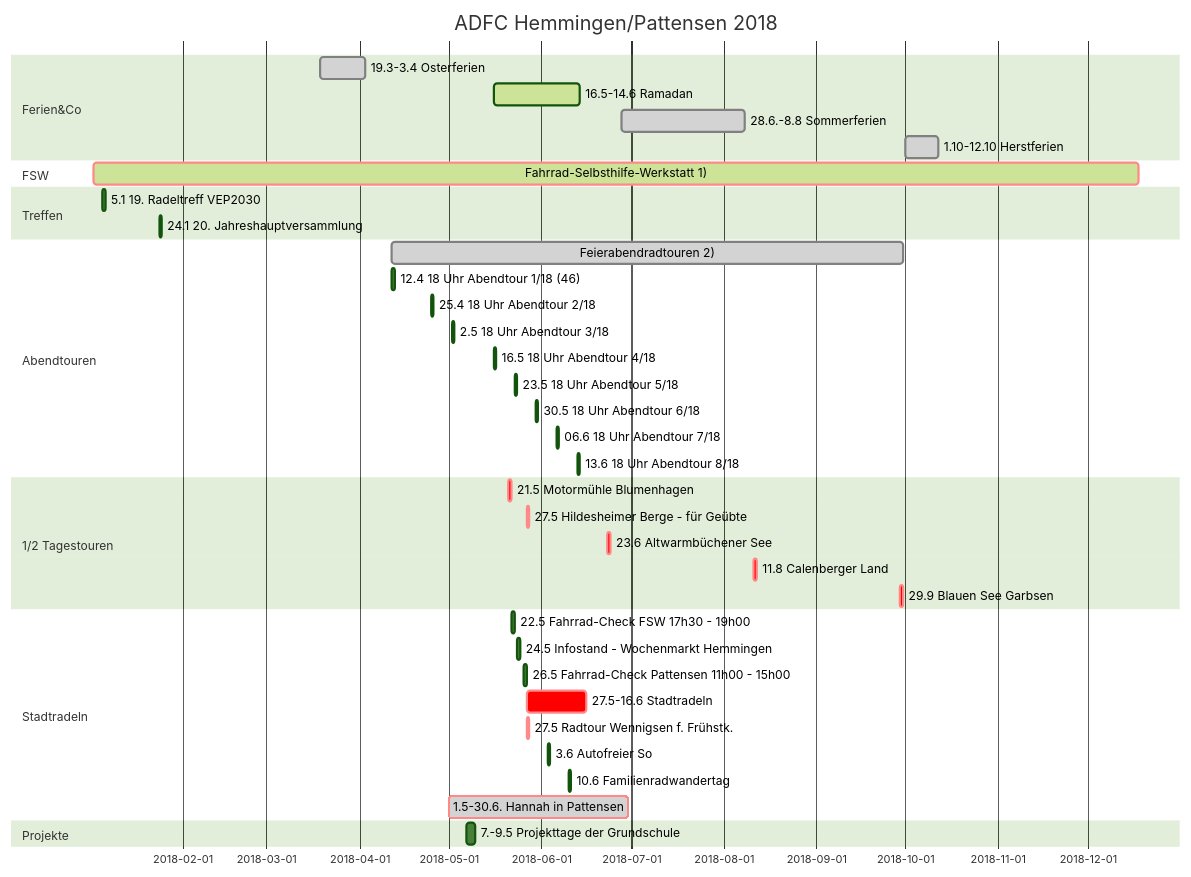
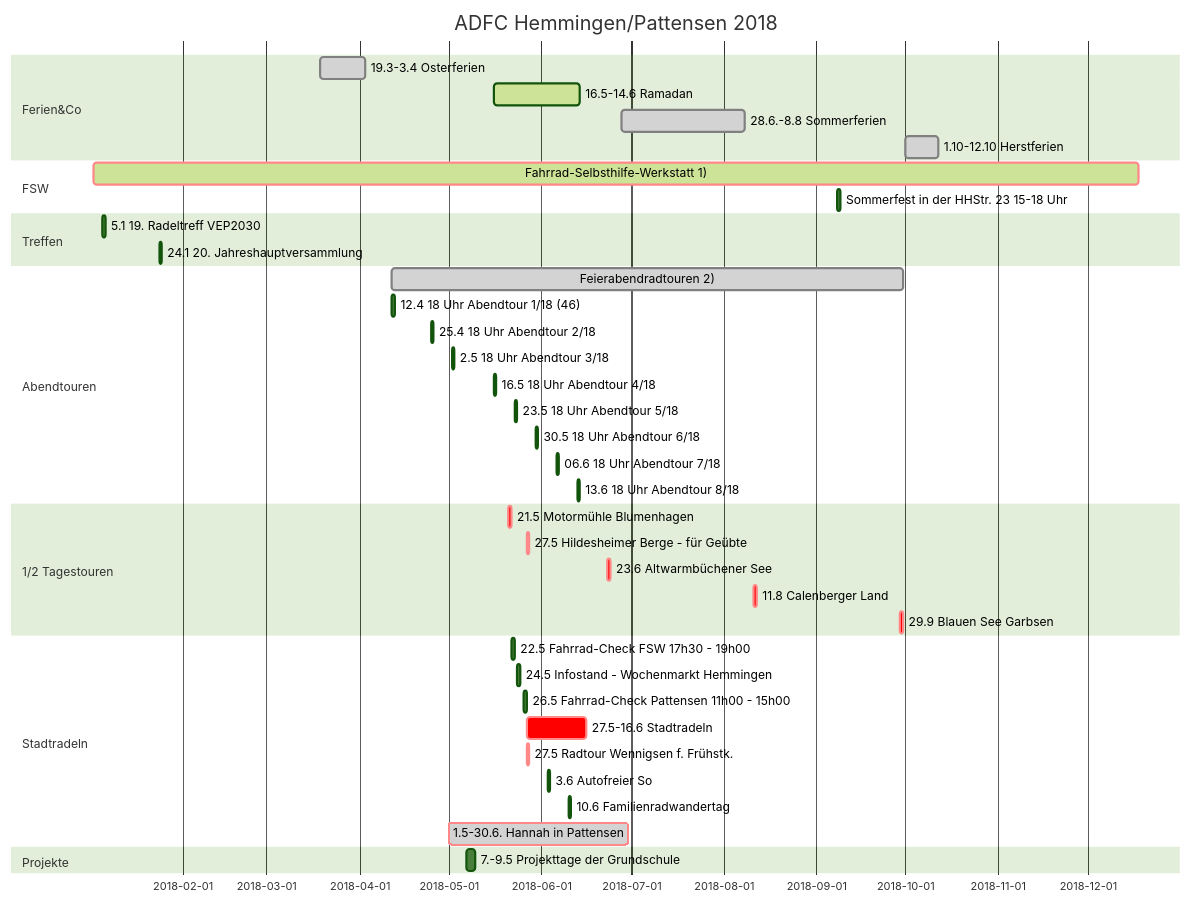
Before and after one commit to adfc-hemmingen-pattensen/adfc-hemmingen-pattensen.github.io: the diagram in index.md, drawn with Mermaid (forest theme). The commit also changed other lines of this file and 2 other files, not shown here.

````diff
--- a/index.md
+++ b/index.md
@@ -106,50 +106,51 @@
 ```mermaid
 gantt
   title ADFC Hemmingen/Pattensen 2018
   dateFormat  DD.MM.YY
 
 section Ferien&Co
   19.3-3.4 Osterferien                        :done,        19.03.18, 03.04.18
   16.5-14.6  Ramadan                          :active,done, 16.05.18, 14.06.18
   28.6.-8.8 Sommerferien                      :done,        28.06.18, 08.08.18
   1.10-12.10 Herstferien                      :done,        01.10.18, 12.10.18
 
 section FSW
   Fahrrad-Selbsthilfe-Werkstatt 1)            :crit,active, 02.01.18, 18.12.18
+  Sommerfest in der HHStr. 23  15-18 Uhr      : 09.08.2018, 1d
 
 section Treffen
   5.1 19. Radeltreff VEP2030        : 05.01.18, 1d
   24.1 20. Jahreshauptversammlung   : 24.01.18, 1d
 
 section Abendtouren
   Feierabendradtouren 2)        :done, 12.04.18, 30.09.18
 12.4 18 Uhr Abendtour 1/18 (46) : 12.04.18,1d
 25.4 18 Uhr Abendtour 2/18    : 25.04.18,1d
 2.5 18 Uhr Abendtour 3/18     : 02.05.18,1d
 16.5 18 Uhr Abendtour 4/18     : 16.05.18,1d
 23.5 18 Uhr Abendtour 5/18      : 23.05.18,1d
 30.5 18 Uhr Abendtour 6/18      : 30.05.18,1d
 06.6 18 Uhr Abendtour 7/18      : 06.06.18,1d
 13.6 18 Uhr Abendtour 8/18      : 13.06.18,1d
 
 section 1/2 Tagestouren
   21.5 Motormühle Blumenhagen   :crit, 21.05.18,1d
   27.5 Hildesheimer Berge - für Geübte :crit, 27.05.18, 1d
   23.6 Altwarmbüchener See      :crit, 23.06.18,1d
   11.8 Calenberger Land         :crit, 11.08.18,1d
   29.9 Blauen See Garbsen       :crit, 29.09.18,1d
 
 
 section Stadtradeln
   22.5 Fahrrad-Check FSW 17h30 - 19h00                     :             22.05.18, 1d
   24.5 Infostand - Wochenmarkt Hemmingen : 24.05.18,1d
   26.5 Fahrrad-Check Pattensen 11h00 - 15h00              :             26.05.18, 1d
   27.5-16.6 Stadtradeln                       : crit,       27.05.18, 16.06.18
   27.5 Radtour Wennigsen f. Frühstk.          : crit,       27.05.18, 1d
   3.6 Autofreier So                           :             03.06.18, 1d
   10.6 Familienradwandertag                   :             10.06.18, 1d
   1.5-30.6.  Hannah in Pattensen              :crit, done,  01.05.18, 30.06.18
 
 section Projekte
   7.-9.5 Projekttage der Grundschule      :07.05.18, 3d
 ```
````
